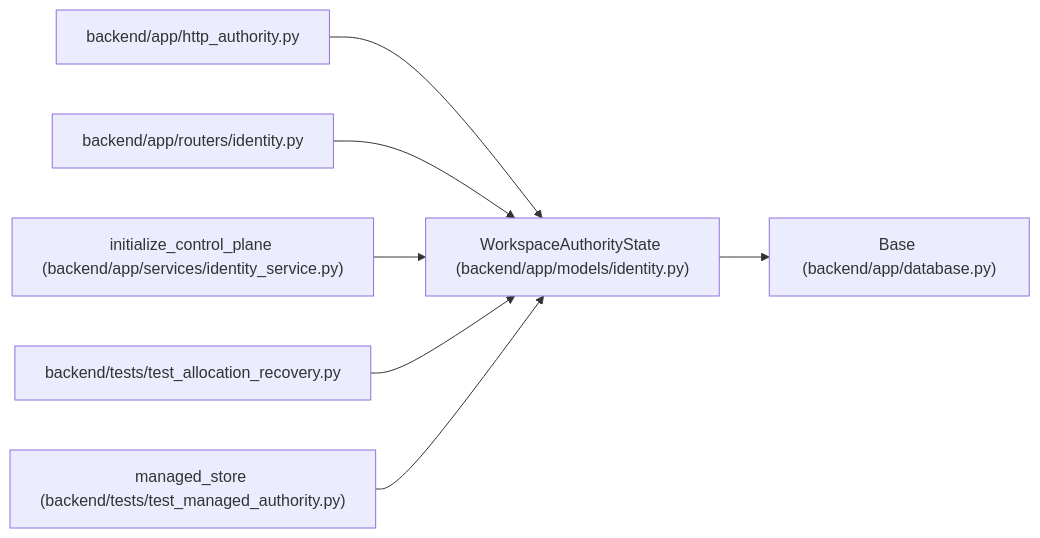
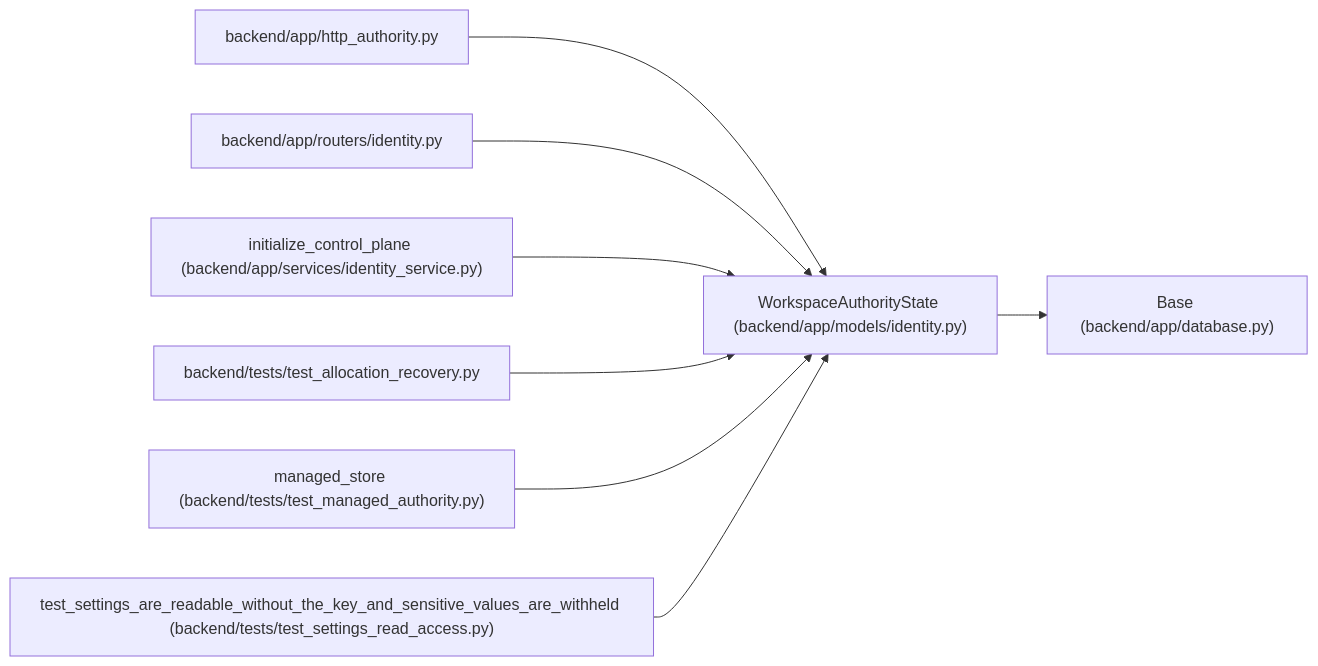
The diagram in docs/llm_wiki/entities/WorkspaceAuthorityState.md (Denissvgn/WorkChord), drawn with Mermaid before and after one commit. The commit also changed other lines of this file and 524 other files, not shown here.

````diff
--- a/docs/llm_wiki/entities/WorkspaceAuthorityState.md
+++ b/docs/llm_wiki/entities/WorkspaceAuthorityState.md
@@ -27,23 +27,26 @@
 ```mermaid
 flowchart LR
     n0["WorkspaceAuthorityState (backend/app/models/identity.py)"]
     n1["Base (backend/app/database.py)"]
     n2["backend/app/http_authority.py"]
     n3["backend/app/routers/identity.py"]
     n4["initialize_control_plane (backend/app/services/identity_service.py)"]
     n5["backend/tests/test_allocation_recovery.py"]
     n6["managed_store (backend/tests/test_managed_authority.py)"]
+    n7["test_settings_are_readable_without_the_key_and_sensitive_values_are_withheld (backend/tests/test_settings_read_access.py)"]
     n0 --> n1
     n2 --> n0
     n3 --> n0
     n4 --> n0
     n5 --> n0
     n6 --> n0
+    n7 --> n0
     click n0 "../modules/models_identity.md"
     click n1 "../modules/app_database.md"
     click n2 "../modules/http_authority.md"
     click n3 "../modules/routers_identity.md"
     click n4 "../modules/identity_service.md"
     click n5 "../modules/test_allocation_recovery.md"
     click n6 "../modules/test_managed_authority.md"
+    click n7 "../modules/test_settings_read_access.md"
 ```
````
